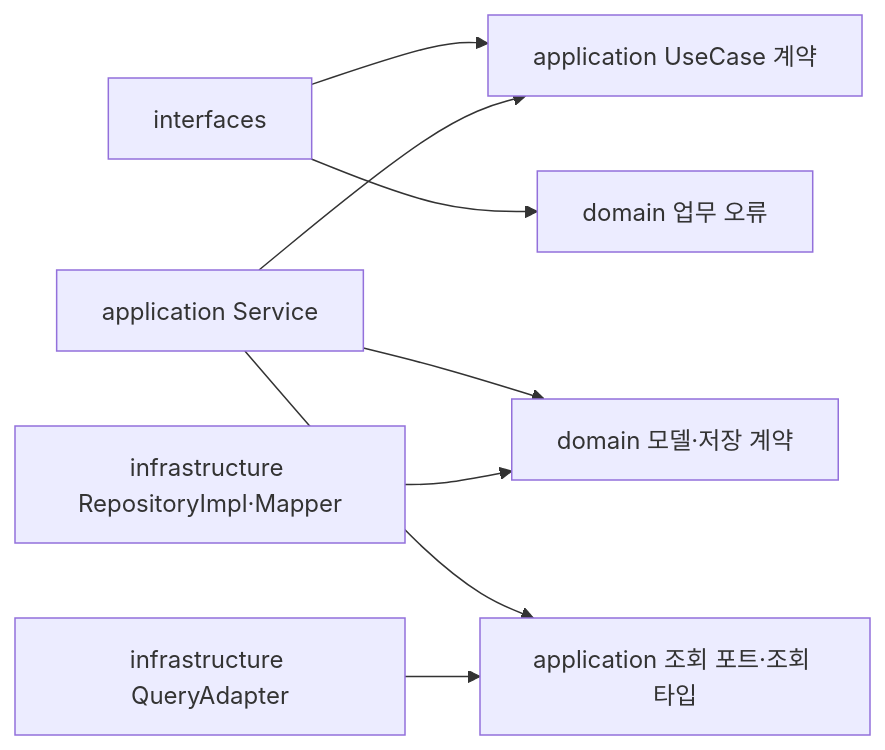
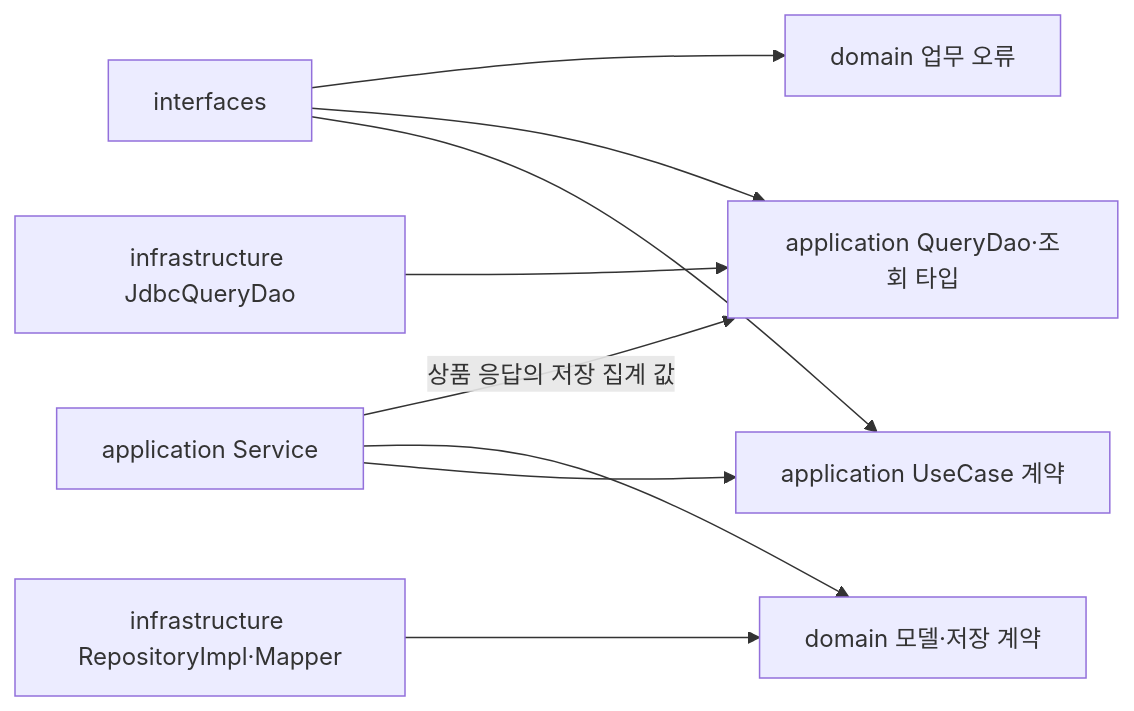
The diagram in docs/week2/conventions.md (corinB/loop-pack-be-l2-vol5-java), drawn with Mermaid before and after one commit. The commit also changed other lines of this file and 12 other files, not shown here.

````diff
--- a/docs/week2/conventions.md
+++ b/docs/week2/conventions.md
@@ -39,10 +39,11 @@
 ```mermaid
 flowchart LR
     I[interfaces] --> U[application UseCase 계약]
     S[application Service] --> U
     S --> D[domain 모델·저장 계약]
-    S --> Q[application 조회 포트·조회 타입]
+    I --> Q[application QueryDao·조회 타입]
+    S -->|상품 응답의 저장 집계 값| Q
     R[infrastructure RepositoryImpl·Mapper] --> D
-    A[infrastructure QueryAdapter] --> Q
+    A[infrastructure JdbcQueryDao] --> Q
     I --> E[domain 업무 오류]
 ```
````
